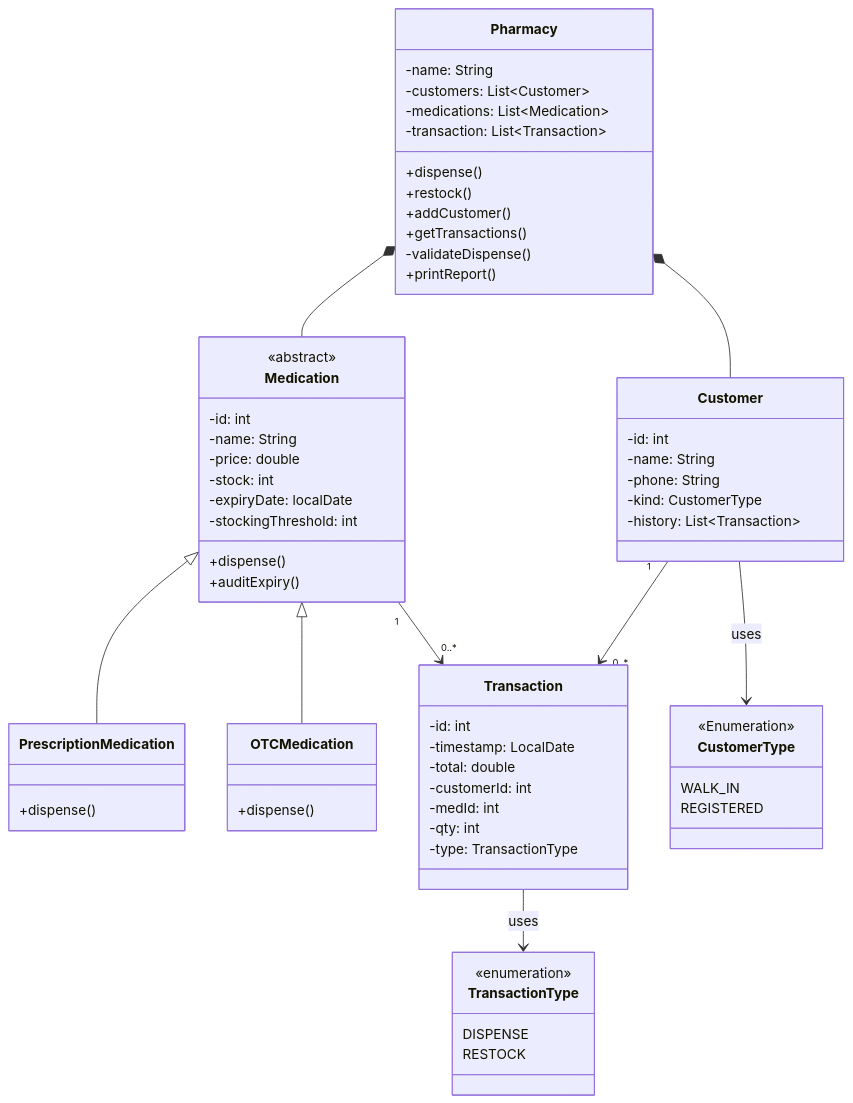
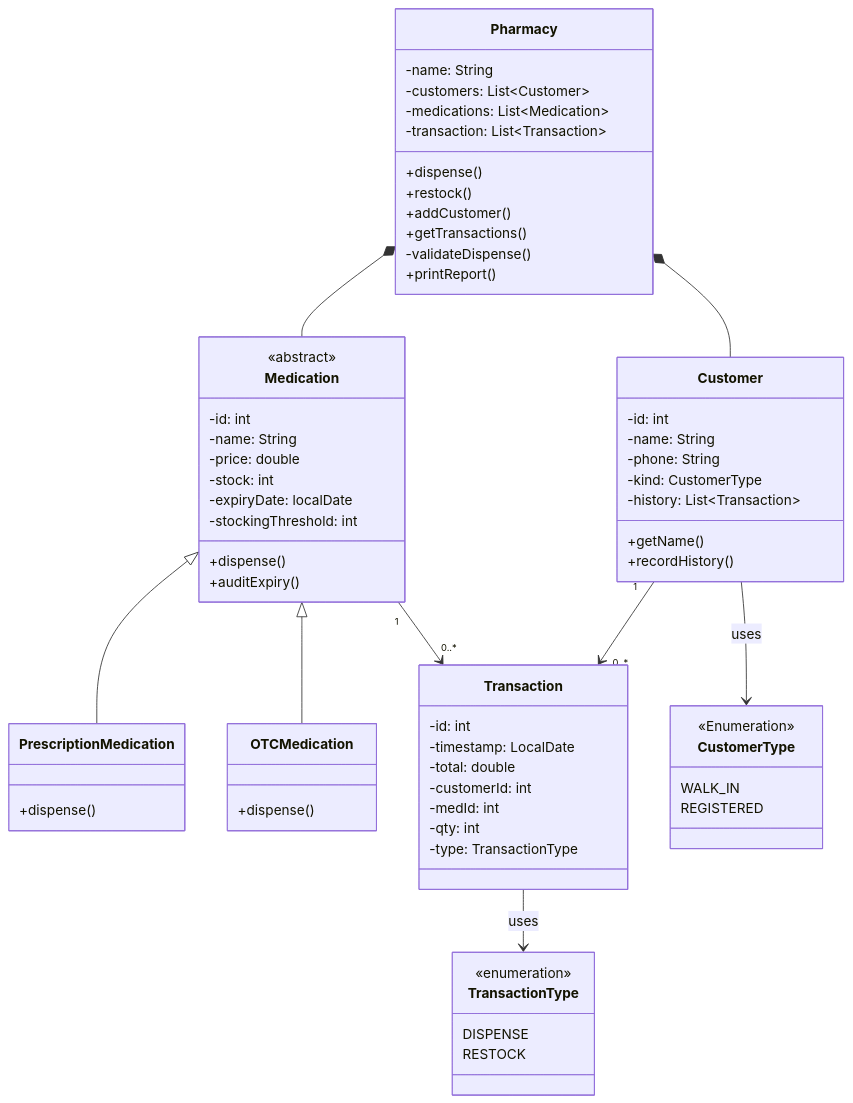
Before and after one commit to prince-kofi-asiedu/akosua-s-pharmacy: the diagram in README.md, drawn with Mermaid.

Commit message:
docs: updated class diagram with customer implementation changes

````diff
--- a/README.md
+++ b/README.md
@@ -34,80 +34,82 @@
 ```mermaid 
 classDiagram
 
 class Pharmacy {
   -name: String
   <!-- -Inventory inventory -->
   -customers: List~Customer~ 
   -medications: List~Medication~
   -transaction: List~Transaction~
   +dispense()
   +restock()
   +addCustomer()
   +getTransactions()
   -validateDispense()
   +printReport()
 }
 
 
 class Medication {
   <<abstract>>
   -id: int
   -name: String
   -price: double
   -stock: int
   -expiryDate: localDate
   -stockingThreshold: int
   +dispense()
   +auditExpiry()
 }
 
 class PrescriptionMedication {
   +dispense()
 }
 
 class OTCMedication {
   +dispense()
 }
 
 class Customer {
   -id: int
   -name: String
   -phone: String
   -kind: CustomerType
   -history: List~Transaction~ 
+  +getName()
+  +recordHistory()
 }
 
 
 class Transaction {
   -id: int
   -timestamp: LocalDate
   -total: double
   -customerId: int
   -medId: int
   -qty: int
   -type: TransactionType  
 }
 
 class CustomerType {
     <<Enumeration>>
     WALK_IN
     REGISTERED
 }
 
 class TransactionType {
     <<enumeration>>
     DISPENSE
     RESTOCK
 }
 
 
 Pharmacy *-- Medication
 Pharmacy *-- Customer
 Customer "1" --> "0..*" Transaction
 Medication "1" --> "0..*" Transaction
 Medication <|-- PrescriptionMedication
 Medication <|-- OTCMedication
 Customer --> CustomerType : uses 
 Transaction --> TransactionType : uses
 
 ```
````
